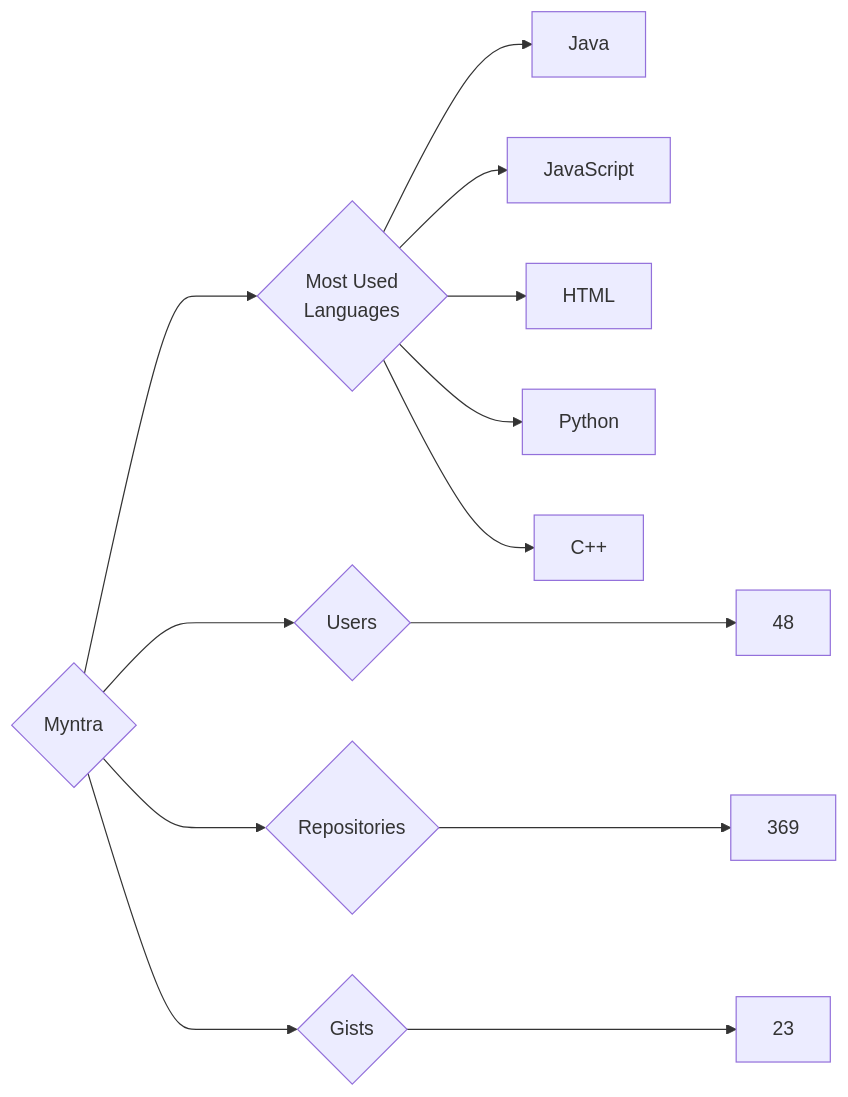
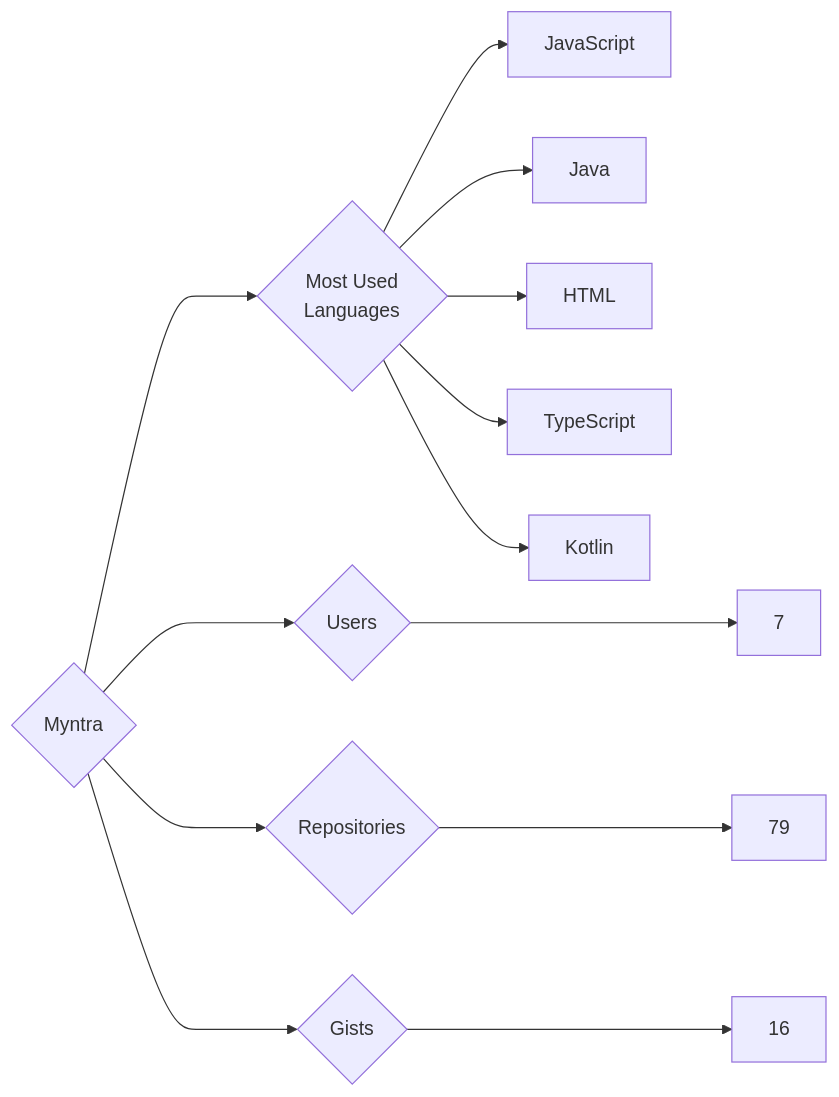
One commit to trickest/insiders changed the diagram in targets/Myntra/README.md. Above: the diagram before and after it, drawn with Mermaid. The commit also changed 677 other files, not shown here.

````diff
--- a/targets/Myntra/README.md
+++ b/targets/Myntra/README.md
@@ -3,13 +3,13 @@
 ```mermaid
 graph LR
 COMPANY_NAME{Myntra}
-COMPANY_NAME ---> U{Users} ---> UN[48]
-COMPANY_NAME ---> R{Repositories} ---> RN[369]
-COMPANY_NAME ---> G{Gists} ---> GN[23]
+COMPANY_NAME ---> U{Users} ---> UN[7]
+COMPANY_NAME ---> R{Repositories} ---> RN[79]
+COMPANY_NAME ---> G{Gists} ---> GN[16]
 COMPANY_NAME ---> ML{Most Used<br>Languages}
+ML --> JavaScript[JavaScript]
 ML --> Java[Java]
-ML --> JavaScript[JavaScript]
 ML --> HTML[HTML]
-ML --> Python[Python]
-ML --> C++[C++]
+ML --> TypeScript[TypeScript]
+ML --> Kotlin[Kotlin]
 ```
````
